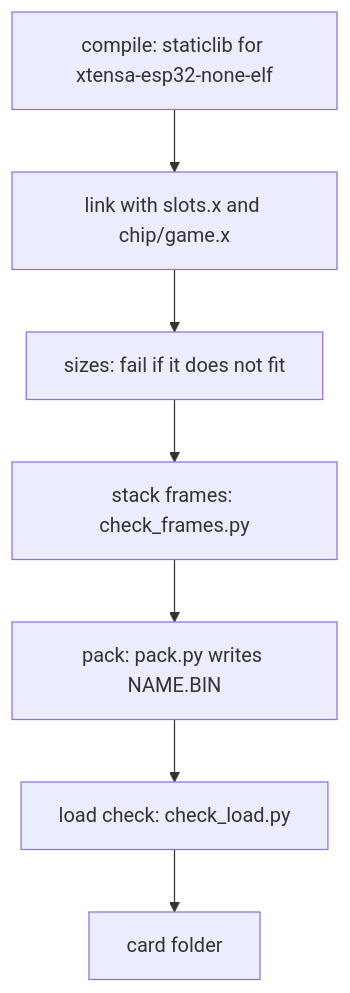
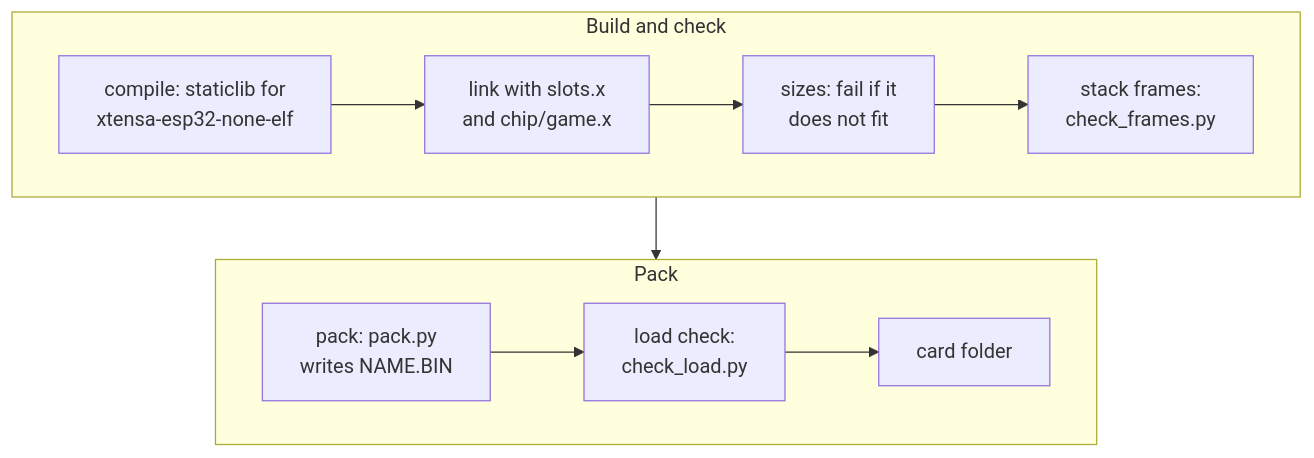
Before and after one commit to hudson-bruno/pocketme: the second of 2 diagrams in docs/games.md, drawn with Mermaid. The commit also changed 2 other files, not shown here.

Commit message:
docs: lay the wide diagrams out in rows
The picture path, the memory map, the partitions and the chip build
were single long chains: on GitHub they came out as tiny text or as a
very tall column. Each is now two or three short rows; the labels and
numbers are unchanged. The reconnect-only chain gets fixed line breaks.

````diff
--- a/docs/games.md
+++ b/docs/games.md
@@ -423,11 +423,15 @@
 ```mermaid
-flowchart TD
-    A["compile: staticlib for xtensa-esp32-none-elf"]
-    B["link with slots.x and chip/game.x"]
-    C["sizes: fail if it does not fit"]
-    D["stack frames: check_frames.py"]
-    E["pack: pack.py writes NAME.BIN"]
-    F["load check: check_load.py"]
-    G["card folder"]
-    A --> B --> C --> D --> E --> F --> G
+flowchart TB
+    subgraph BUILD["Build and check"]
+        direction LR
+        A["compile: staticlib for<br>xtensa-esp32-none-elf"] --> B["link with slots.x<br>and chip/game.x"]
+        B --> C["sizes: fail if it<br>does not fit"]
+        C --> D["stack frames:<br>check_frames.py"]
+    end
+    subgraph PACK["Pack"]
+        direction LR
+        E["pack: pack.py<br>writes NAME.BIN"] --> F["load check:<br>check_load.py"]
+        F --> G["card folder"]
+    end
+    BUILD --> PACK
 ```
````
